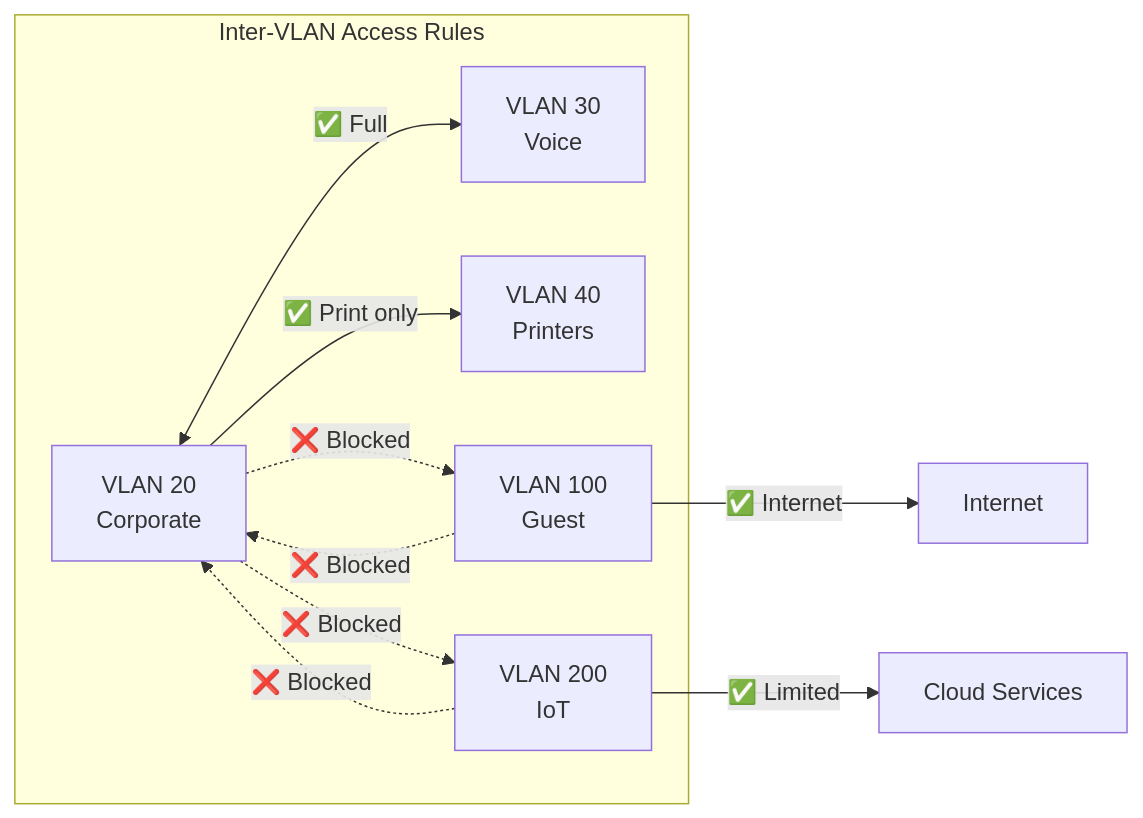
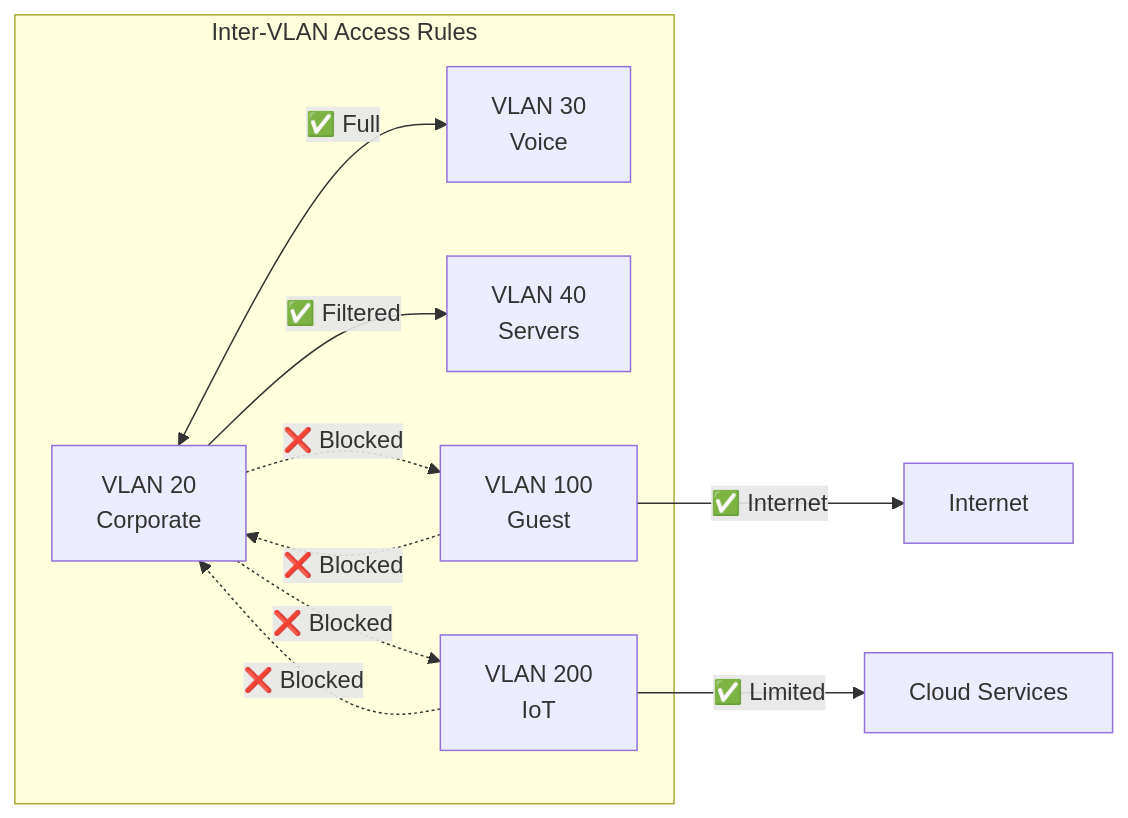
One commit to NewOrleansITI/networkstandards changed the second of 6 diagrams in docs/ethernet/port-configurations.md. Above: the diagram before and after it, drawn with Mermaid. The commit also changed other lines of this file and 4 other files, not shown here.

````diff
--- a/docs/ethernet/port-configurations.md
+++ b/docs/ethernet/port-configurations.md
@@ -78,19 +78,19 @@
 ```mermaid
 flowchart LR
     subgraph ACCESS["Inter-VLAN Access Rules"]
         CORP20["VLAN 20<br/>Corporate"]
         VOIP30["VLAN 30<br/>Voice"]
-        PRINT40["VLAN 40<br/>Printers"]
+        SERVERS40["VLAN 40<br/>Servers"]
         GUEST100["VLAN 100<br/>Guest"]
         IOT200["VLAN 200<br/>IoT"]
     end
 
     CORP20 <-->|"✅ Full"| VOIP30
-    CORP20 -->|"✅ Print only"| PRINT40
+    CORP20 -->|"✅ Filtered"| SERVERS40
     CORP20 -.->|"❌ Blocked"| GUEST100
     CORP20 -.->|"❌ Blocked"| IOT200
     GUEST100 -->|"✅ Internet"| INET[Internet]
     GUEST100 -.->|"❌ Blocked"| CORP20
     IOT200 -->|"✅ Limited"| CLOUD[Cloud Services]
     IOT200 -.->|"❌ Blocked"| CORP20
 ```
````
